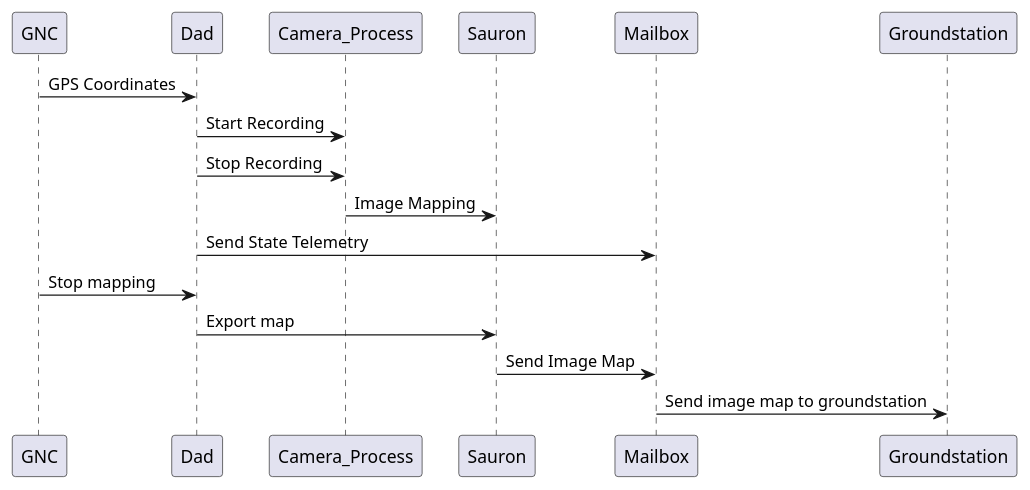
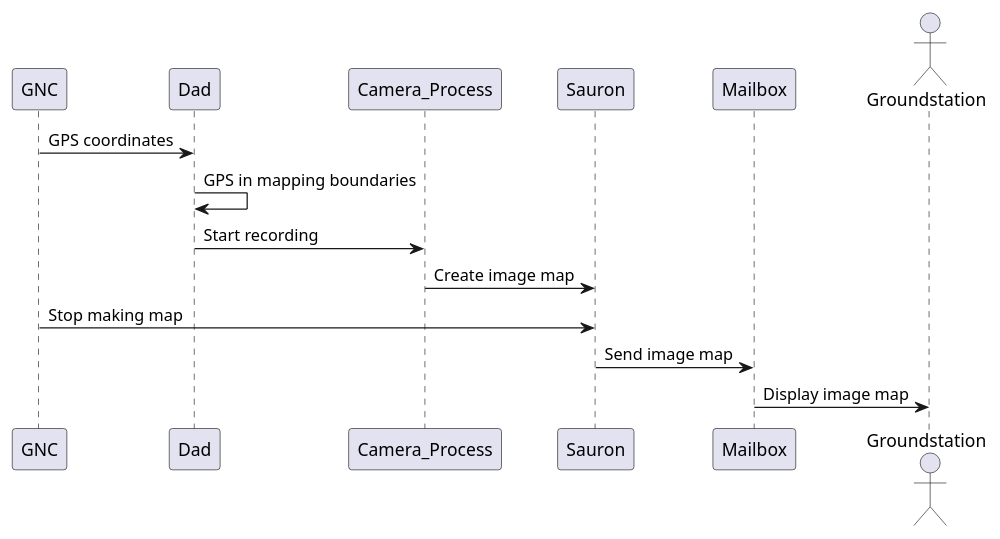
The third of 3 diagrams in docs/index.md (PurdueAerialRoboticsTeam/feonix-docs), drawn with PlantUML before and after one commit. The commit also changed other lines of this file, not shown here.

Commit message:
made sequence diagrams chronological

````diff
--- a/docs/index.md
+++ b/docs/index.md
@@ -110,21 +107,19 @@
 ```plantuml
 @startuml
 
 participant GNC
 participant Dad
 participant Camera_Process
 participant Sauron
 participant Mailbox
-participant Groundstation
+actor Groundstation
 
-GNC -> Dad: GPS Coordinates
-Dad -> Camera_Process: Start Recording
-Dad -> Camera_Process: Stop Recording
-Camera_Process -> Sauron: Image Mapping
-Dad -> Mailbox: Send State Telemetry
-GNC -> Dad: Stop mapping
-Dad -> Sauron: Export map
-Sauron -> Mailbox: Send Image Map
-Mailbox -> Groundstation: Send image map to groundstation
+GNC -> Dad: GPS coordinates
+Dad -> Dad: GPS in mapping boundaries
+Dad -> Camera_Process: Start recording
+Camera_Process -> Sauron: Create image map
+GNC -> Sauron: Stop making map
+Sauron -> Mailbox: Send image map
+Mailbox -> Groundstation: Display image map
 @enduml
 ```
````
